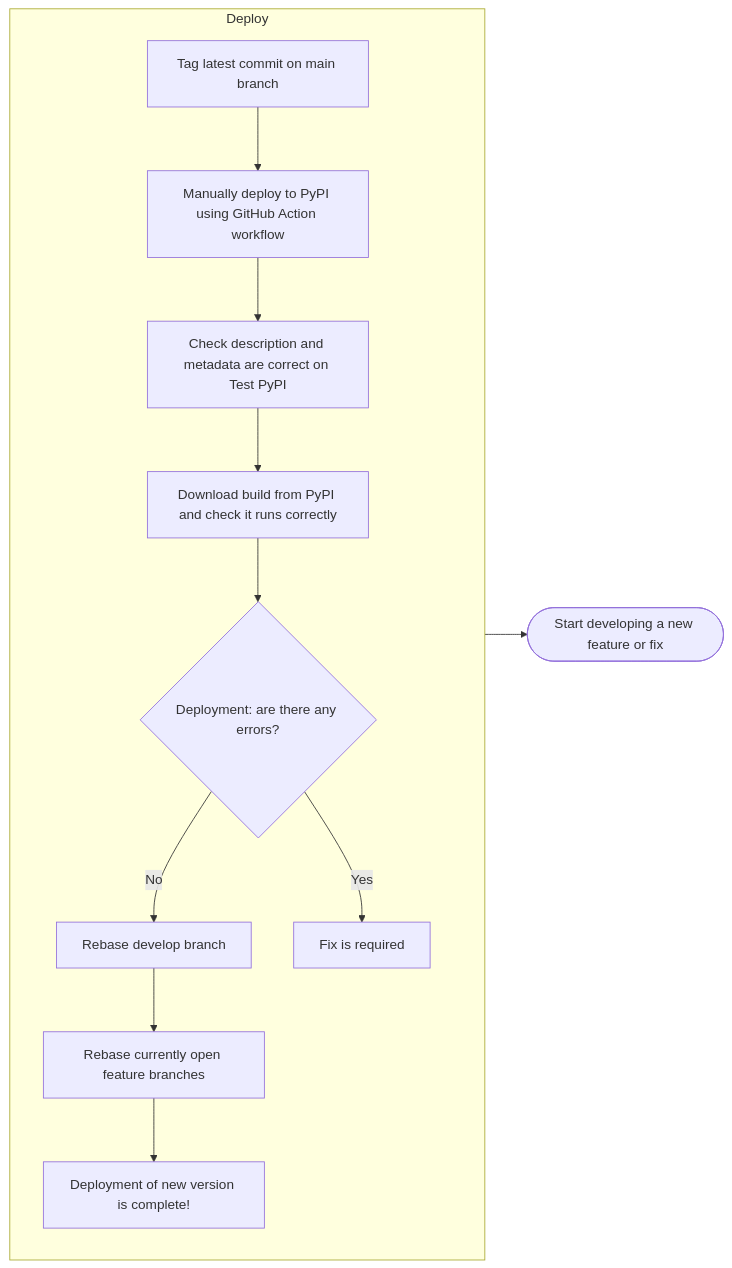
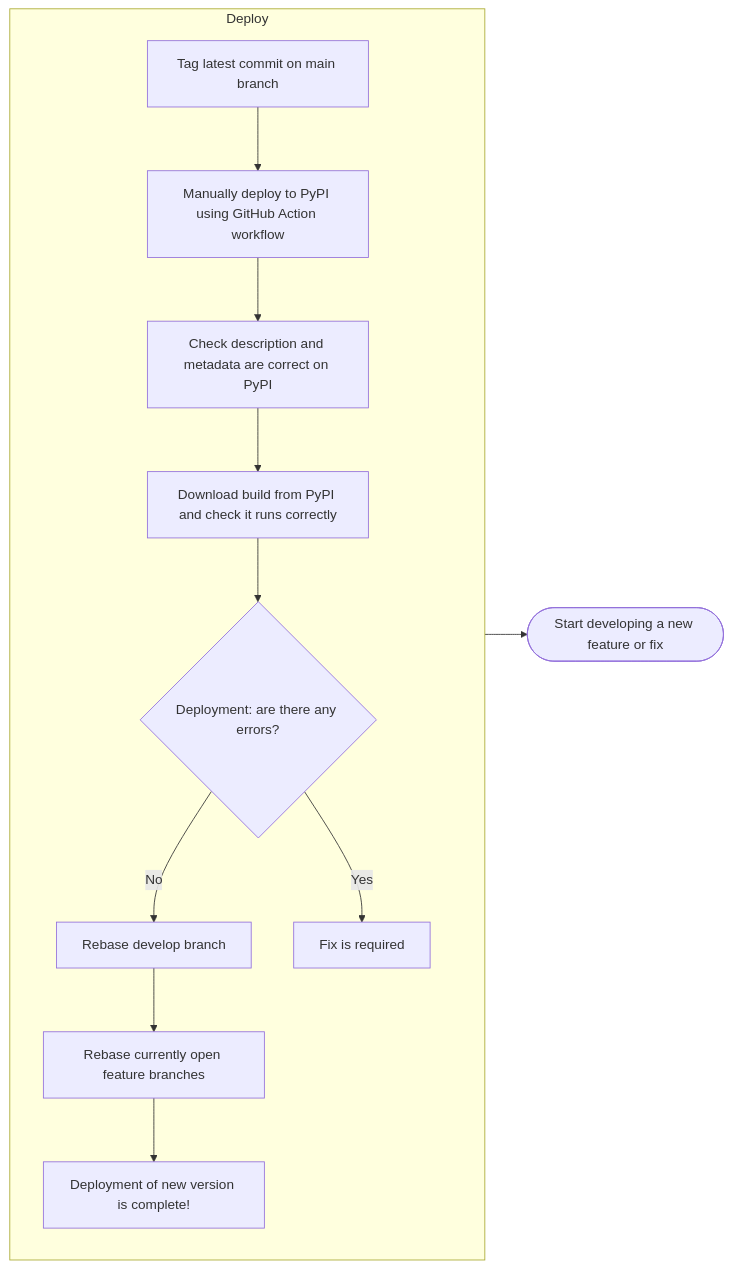
Before and after one commit to ONSdigital/scalelink: the third of 3 diagrams in docs/branch_and_deploy_guide.md, drawn with Mermaid.

Commit message:
docs: correct typo in branch and deploy guide

````diff
--- a/docs/branch_and_deploy_guide.md
+++ b/docs/branch_and_deploy_guide.md
@@ -204,28 +204,28 @@
 ```mermaid
 graph LR
     Start1([Start developing a new feature or fix])
 
     Deploy1[Tag latest commit on main branch]
     Deploy2[Manually deploy to PyPI using GitHub Action workflow]
-    Deploy3[Check description and metadata are correct on Test PyPI]
+    Deploy3[Check description and metadata are correct on PyPI]
     Deploy4[Download build from PyPI and check it runs correctly]
     Deploy5{Deployment: are there any errors?}
     Deploy6[Fix is required]
     Deploy7[Rebase develop branch]
     Deploy8[Rebase currently open feature branches]
     Deploy9[Deployment of new version is complete!]
 
     subgraph sg1 [Deploy]
       direction TB
       Deploy1 --> Deploy2
       Deploy2 --> Deploy3
       Deploy3 --> Deploy4
       Deploy4 --> Deploy5
       Deploy5 -- No --> Deploy7
       Deploy5 -- Yes --> Deploy6
       Deploy7 --> Deploy8
       Deploy8 --> Deploy9
     end
 
     Deploy6 --> Start1
 ```
````
